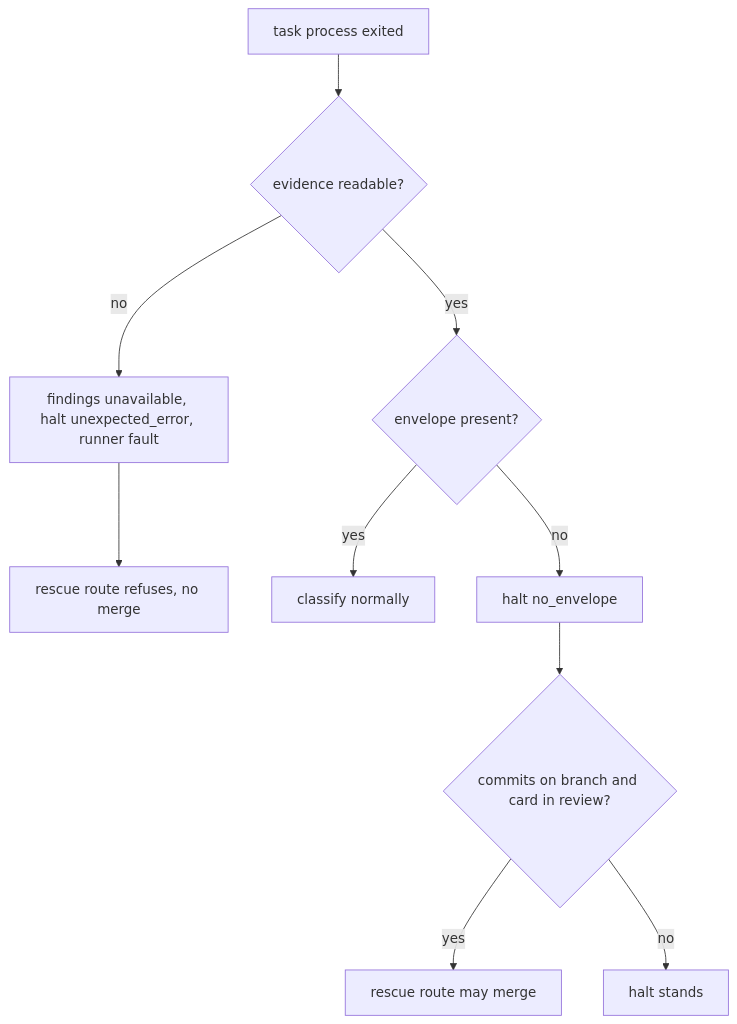
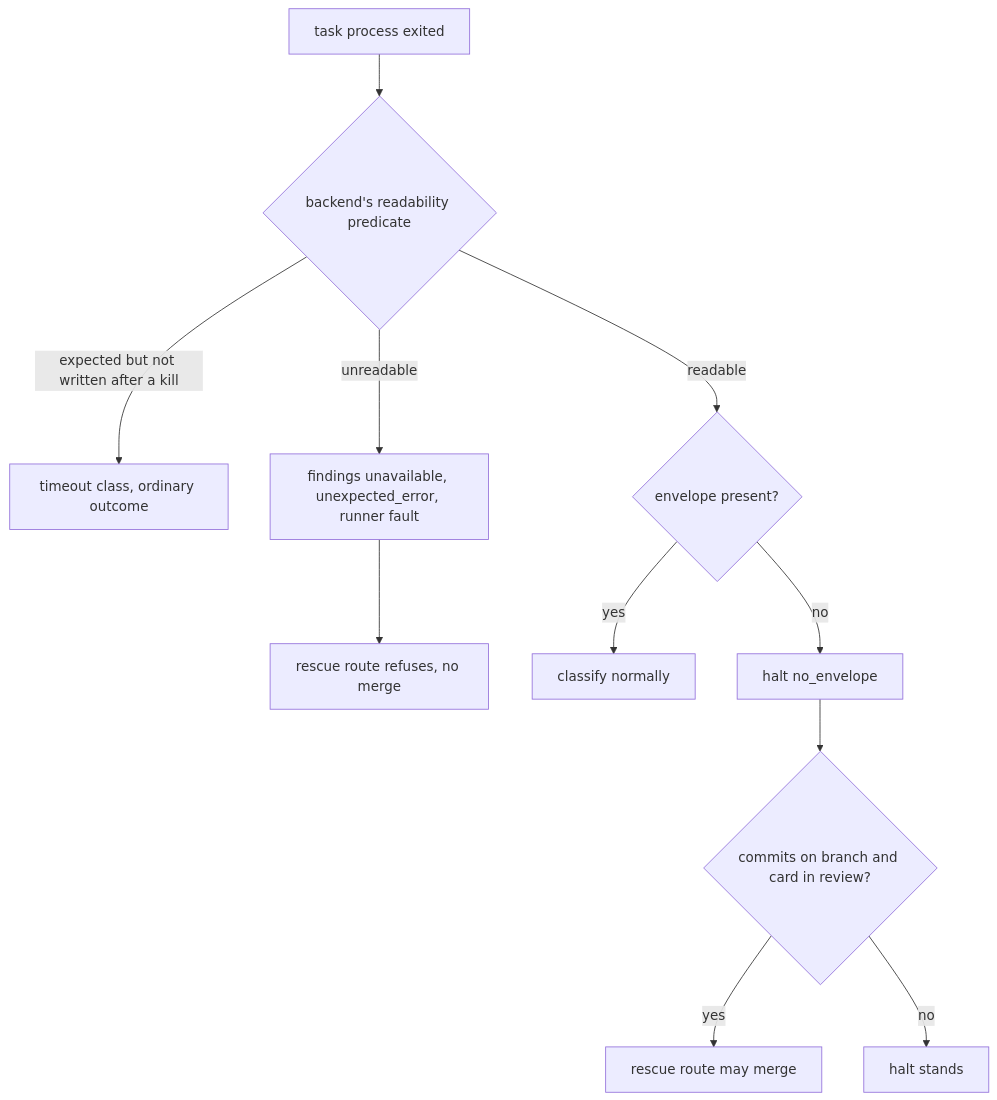
The third of 4 diagrams in docs/plans/2026-08-28-1101-feat-pluggable-cli-backends-plan.md (philgutowski/relay), drawn with Mermaid before and after one commit. The commit also changed other lines of this file, not shown here.

````diff
--- a/docs/plans/2026-08-28-1101-feat-pluggable-cli-backends-plan.md
+++ b/docs/plans/2026-08-28-1101-feat-pluggable-cli-backends-plan.md
@@ -315,12 +348,13 @@
 ```mermaid
 flowchart TB
-  A["task process exited"] --> B{"evidence readable?"}
-  B -->|no| C["findings unavailable, halt unexpected_error, runner fault"]
+  A["task process exited"] --> B{"backend's readability predicate"}
+  B -->|"expected but not written after a kill"| K["timeout class, ordinary outcome"]
+  B -->|unreadable| C["findings unavailable, unexpected_error, runner fault"]
   C --> D["rescue route refuses, no merge"]
-  B -->|yes| E{"envelope present?"}
+  B -->|readable| E{"envelope present?"}
   E -->|yes| F["classify normally"]
   E -->|no| G["halt no_envelope"]
   G --> H{"commits on branch and card in review?"}
   H -->|yes| I["rescue route may merge"]
   H -->|no| J["halt stands"]
 ```
````
